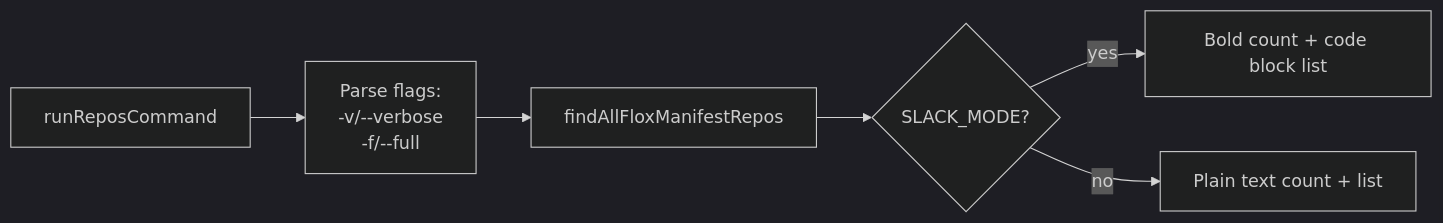
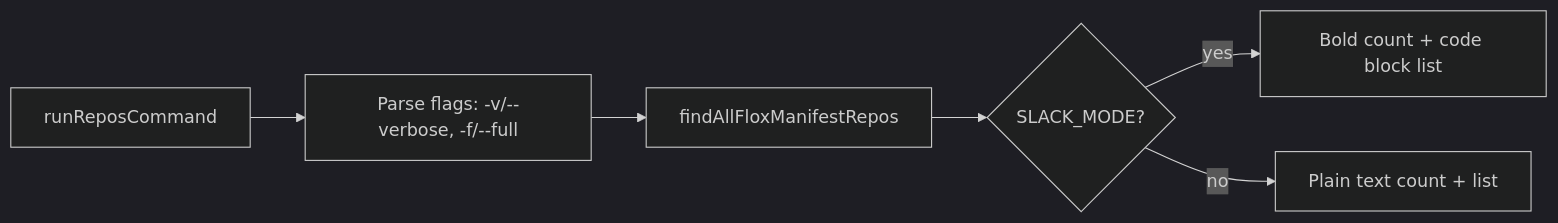
The fourth of 12 diagrams in README.md (stahnma/gh-flox), drawn with Mermaid (dark theme) before and after one commit. The commit also changed other lines of this file, not shown here.

First line of the commit message:
Fix Mermaid diagram syntax for GitHub rendering

````diff
--- a/README.md
+++ b/README.md
@@ -175,8 +160,8 @@
 ```mermaid
 flowchart LR
-    A[runReposCommand] --> B["Parse flags:\n-v/--verbose\n-f/--full"]
+    A[runReposCommand] --> B["Parse flags: -v/--verbose, -f/--full"]
     B --> C[findAllFloxManifestRepos]
-    C --> D{SLACK_MODE?}
+    C --> D{"SLACK_MODE?"}
     D -->|yes| E["Bold count + code block list"]
     D -->|no| F["Plain text count + list"]
 ```
````
